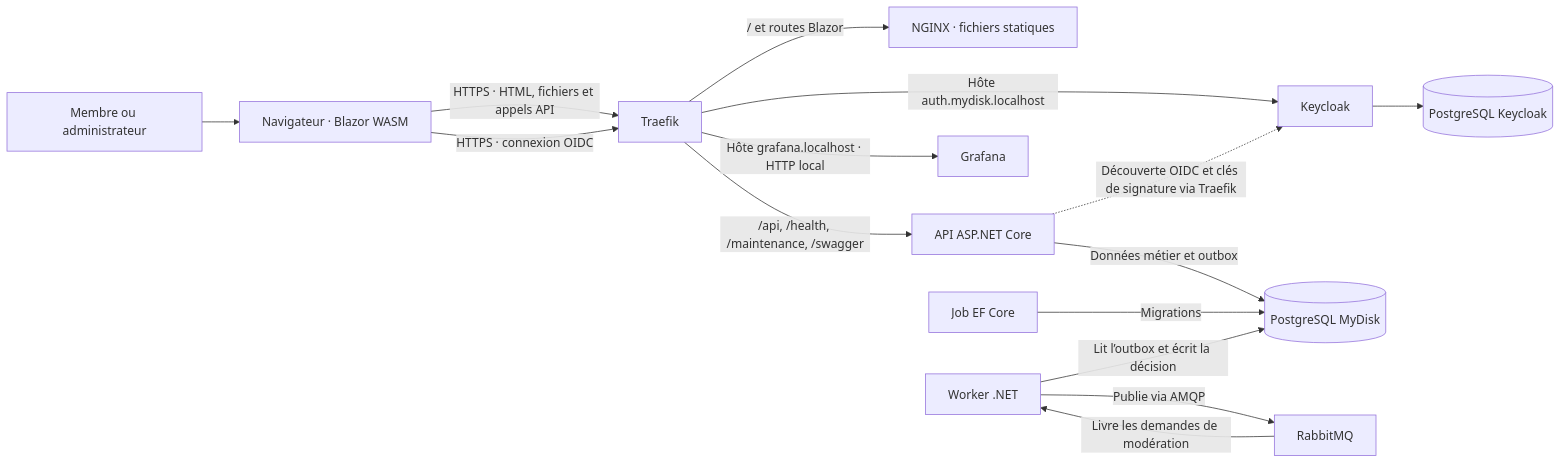
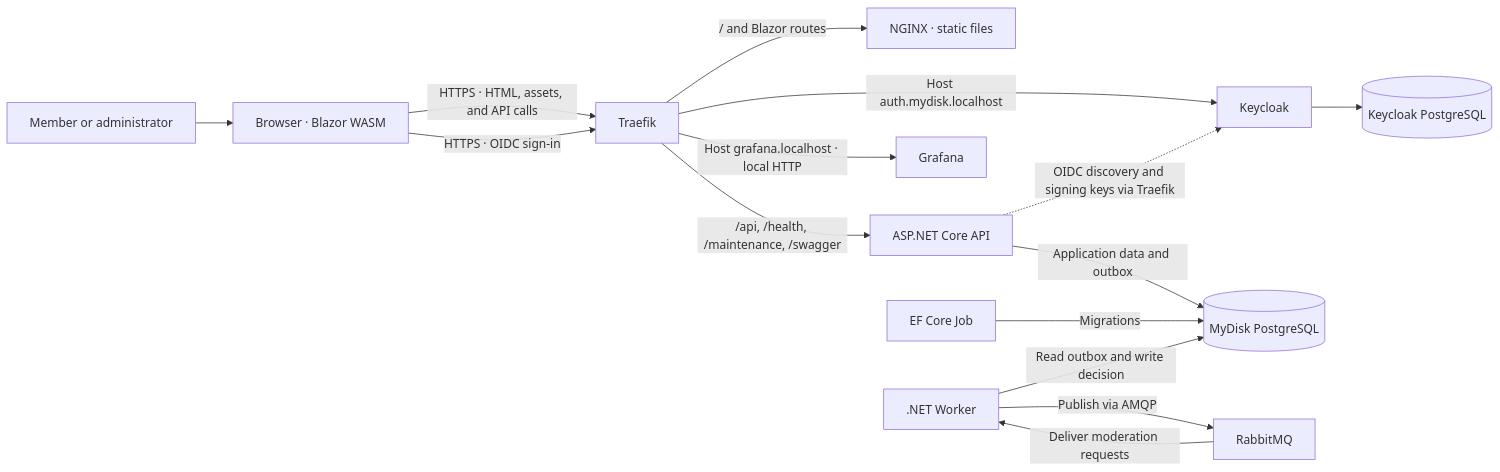
Before and after one commit to Fabian-Raeskinet/mydisk-api: the first of 5 diagrams in docs/ARCHITECTURE.md, drawn with Mermaid. The commit also changed other lines of this file and 5 other files, not shown here.

Commit message:
update documentation: rename use cases file and translate architecture content to English

````diff
--- a/docs/ARCHITECTURE.md
+++ b/docs/ARCHITECTURE.md
@@ -16,19 +16,19 @@
 ```mermaid
 flowchart LR
-    User["Membre ou administrateur"]
-    Browser["Navigateur · Blazor WASM"]
+    User["Member or administrator"]
+    Browser["Browser · Blazor WASM"]
     User --> Browser
-    Browser -->|"HTTPS · HTML, fichiers et appels API"| Ingress["Traefik"]
-    Browser -->|"HTTPS · connexion OIDC"| Ingress
-    Ingress -->|"/ et routes Blazor"| Front["NGINX · fichiers statiques"]
-    Ingress -->|"/api, /health, /maintenance, /swagger"| API["API ASP.NET Core"]
-    Ingress -->|"Hôte auth.mydisk.localhost"| IDP["Keycloak"]
-    Ingress -->|"Hôte grafana.localhost · HTTP local"| Grafana["Grafana"]
-    API -.->|"Découverte OIDC et clés de signature via Traefik"| IDP
-    IDP --> IDPDB[("PostgreSQL Keycloak")]
-    API -->|"Données métier et outbox"| DB[("PostgreSQL MyDisk")]
-    Job["Job EF Core"] -->|"Migrations"| DB
-    Worker["Worker .NET"] -->|"Lit l’outbox et écrit la décision"| DB
-    Worker -->|"Publie via AMQP"| MQ["RabbitMQ"]
-    MQ -->|"Livre les demandes de modération"| Worker
+    Browser -->|"HTTPS · HTML, assets, and API calls"| Ingress["Traefik"]
+    Browser -->|"HTTPS · OIDC sign-in"| Ingress
+    Ingress -->|"/ and Blazor routes"| Front["NGINX · static files"]
+    Ingress -->|"/api, /health, /maintenance, /swagger"| API["ASP.NET Core API"]
+    Ingress -->|"Host auth.mydisk.localhost"| IDP["Keycloak"]
+    Ingress -->|"Host grafana.localhost · local HTTP"| Grafana["Grafana"]
+    API -.->|"OIDC discovery and signing keys via Traefik"| IDP
+    IDP --> IDPDB[("Keycloak PostgreSQL")]
+    API -->|"Application data and outbox"| DB[("MyDisk PostgreSQL")]
+    Job["EF Core Job"] -->|"Migrations"| DB
+    Worker[".NET Worker"] -->|"Read outbox and write decision"| DB
+    Worker -->|"Publish via AMQP"| MQ["RabbitMQ"]
+    MQ -->|"Deliver moderation requests"| Worker
 ```
````
